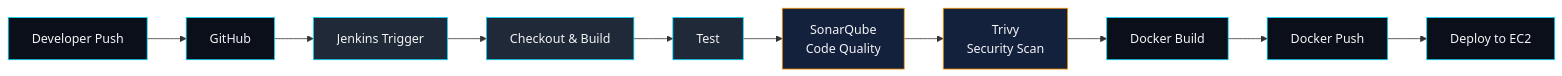
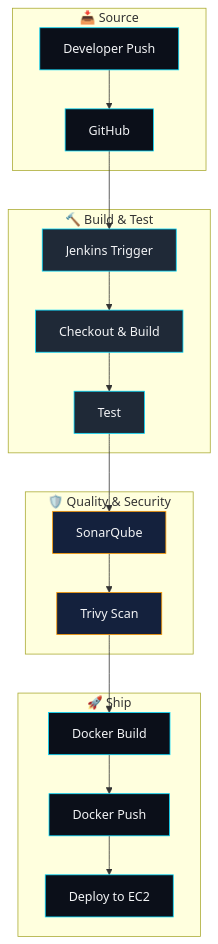
The diagram in README.md (Adityachandkaushik/Adityachandkaushik), drawn with Mermaid before and after one commit. The commit also changed other lines of this file, not shown here.

````diff
--- a/README.md
+++ b/README.md
@@ -179,23 +145,34 @@
 ```mermaid
-flowchart LR
-    A[Developer Push] --> B[GitHub]
-    B --> C[Jenkins Trigger]
-    C --> D[Checkout & Build]
-    D --> E[Test]
-    E --> F[SonarQube\nCode Quality]
-    F --> G[Trivy\nSecurity Scan]
-    G --> H[Docker Build]
-    H --> I[Docker Push]
-    I --> J[Deploy to EC2]
+flowchart TD
+    subgraph SRC[" 📥 Source "]
+        A[Developer Push] --> B[GitHub]
+    end
+
+    subgraph CI[" 🔨 Build & Test "]
+        B --> C[Jenkins Trigger]
+        C --> D[Checkout & Build]
+        D --> E[Test]
+    end
+
+    subgraph GATE[" 🛡️ Quality & Security "]
+        E --> F[SonarQube]
+        F --> G[Trivy Scan]
+    end
+
+    subgraph SHIP[" 🚀 Ship "]
+        G --> H[Docker Build]
+        H --> I[Docker Push]
+        I --> J[Deploy to EC2]
+    end
 
     style A fill:#0B0F19,stroke:#00D9FF,color:#F3F4F6
     style B fill:#0B0F19,stroke:#00D9FF,color:#F3F4F6
     style C fill:#1F2937,stroke:#00D9FF,color:#F3F4F6
     style D fill:#1F2937,stroke:#00D9FF,color:#F3F4F6
     style E fill:#1F2937,stroke:#00D9FF,color:#F3F4F6
     style F fill:#14213D,stroke:#FF9900,color:#F3F4F6
     style G fill:#14213D,stroke:#FF9900,color:#F3F4F6
     style H fill:#0B0F19,stroke:#00D9FF,color:#F3F4F6
     style I fill:#0B0F19,stroke:#00D9FF,color:#F3F4F6
     style J fill:#0B0F19,stroke:#00D9FF,color:#F3F4F6
 ```
````
